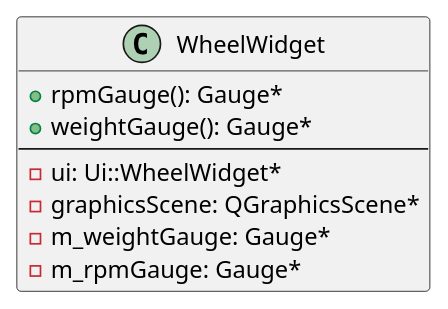
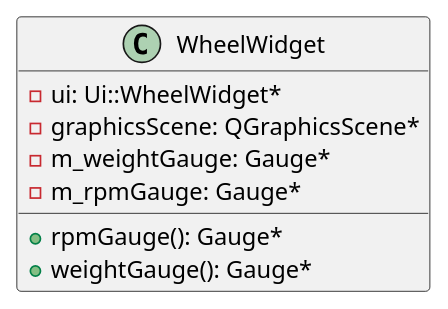
Before and after one commit to Anders-Clement/B208: the diagram in uml/class/WheelWidget.iuml, drawn with PlantUML. The commit also changed 8 other files, not shown here.

```diff
--- a/uml/class/WheelWidget.iuml
+++ b/uml/class/WheelWidget.iuml
@@ -1,9 +1,8 @@
 class WheelWidget {
-    + rpmGauge(): Gauge*
-    + weightGauge(): Gauge*
-    --
     - ui: Ui::WheelWidget*
     - graphicsScene: QGraphicsScene*
     - m_weightGauge: Gauge*
     - m_rpmGauge: Gauge*
+    + rpmGauge(): Gauge*
+    + weightGauge(): Gauge*
 }
```
